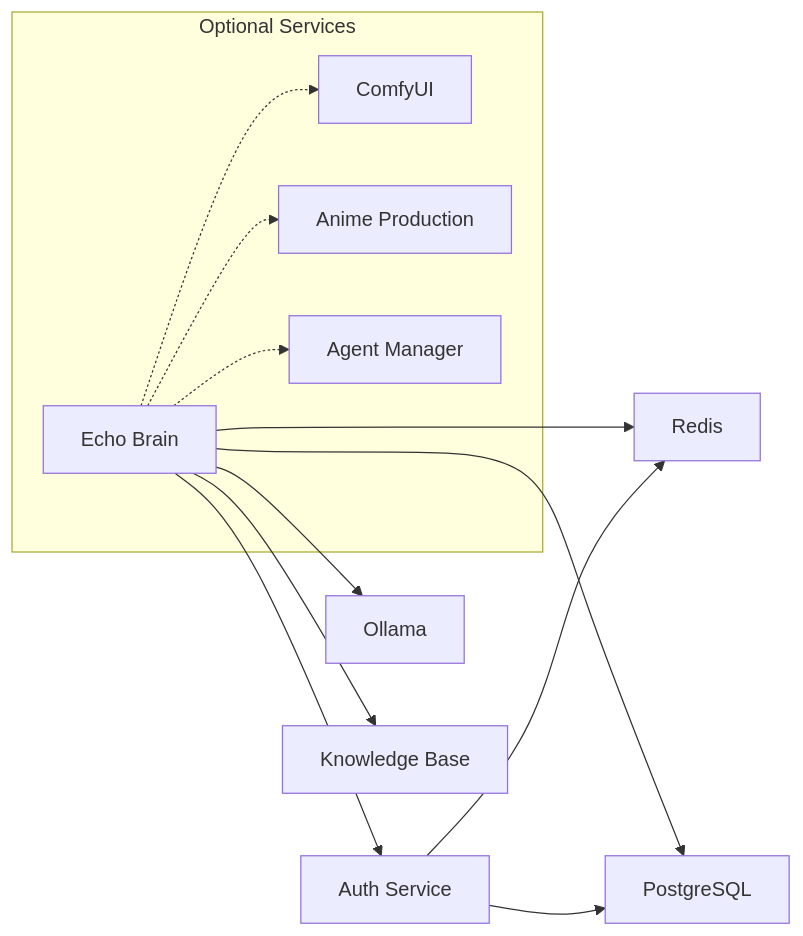
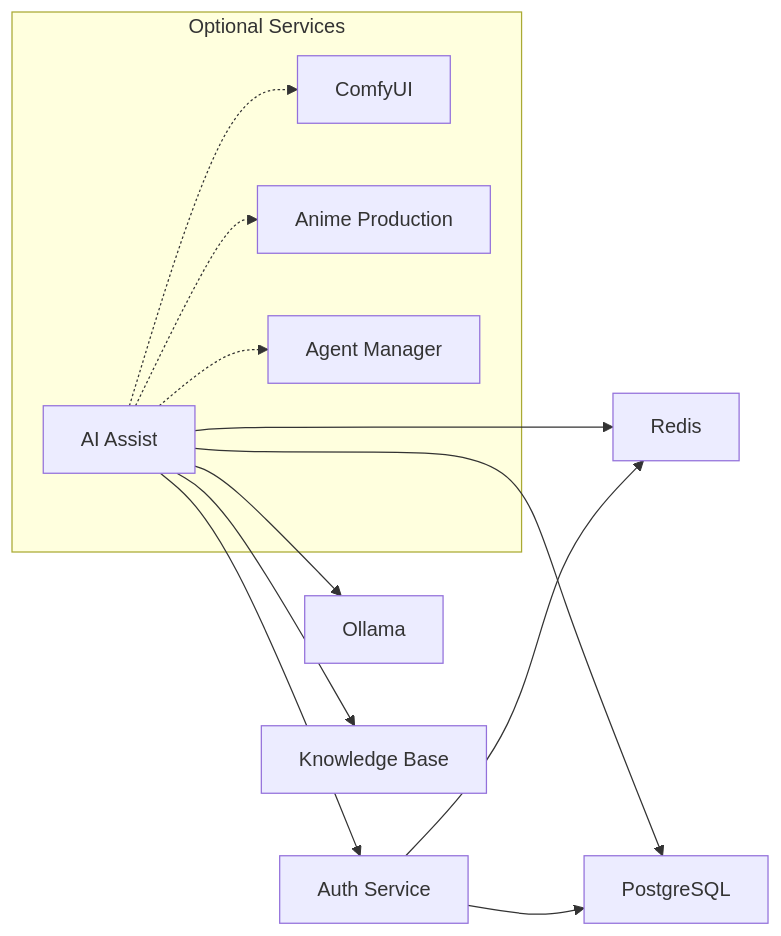
Before and after one commit to pvestal/tower-echo-brain: the second of 3 diagrams in docs/tower-integration-patterns.md, drawn with Mermaid. The commit also changed other lines of this file and 107 other files, not shown here.

````diff
--- a/docs/tower-integration-patterns.md
+++ b/docs/tower-integration-patterns.md
@@ -313,17 +313,17 @@
 ```mermaid
 graph LR
-    EB[Echo Brain] --> AUTH[Auth Service]
+    EB[AI Assist] --> AUTH[Auth Service]
     EB --> PG[PostgreSQL]
     EB --> REDIS[Redis]
     EB --> OLLAMA[Ollama]
     EB --> KB[Knowledge Base]
 
     AUTH --> REDIS
     AUTH --> PG
 
     subgraph "Optional Services"
         EB -.-> COMFY[ComfyUI]
         EB -.-> AP[Anime Production]
         EB -.-> AM[Agent Manager]
     end
 ```
````
